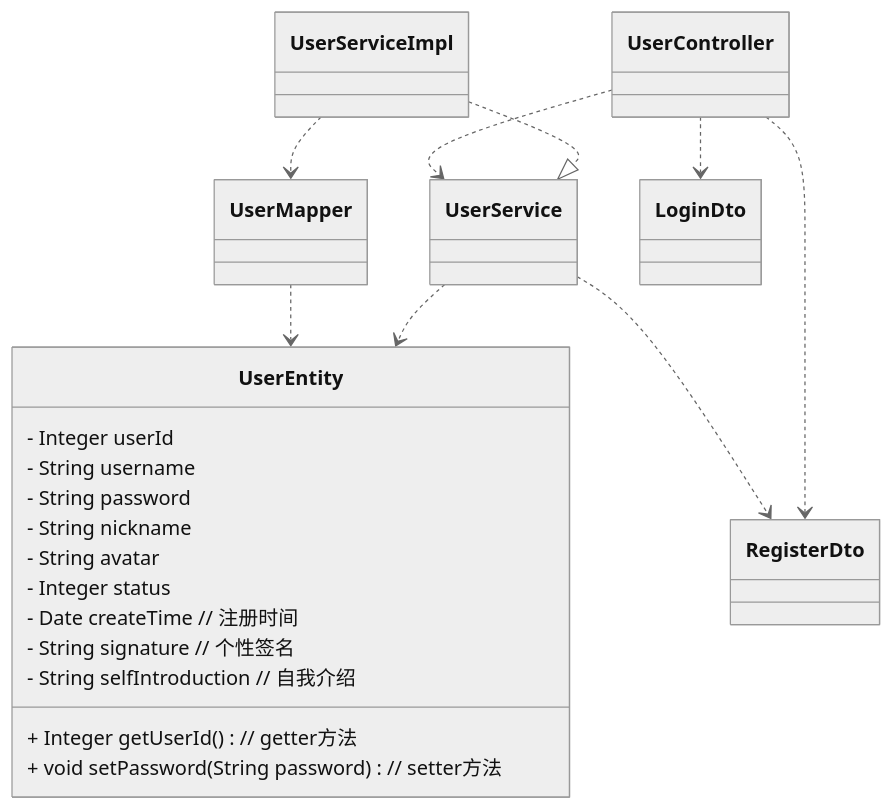
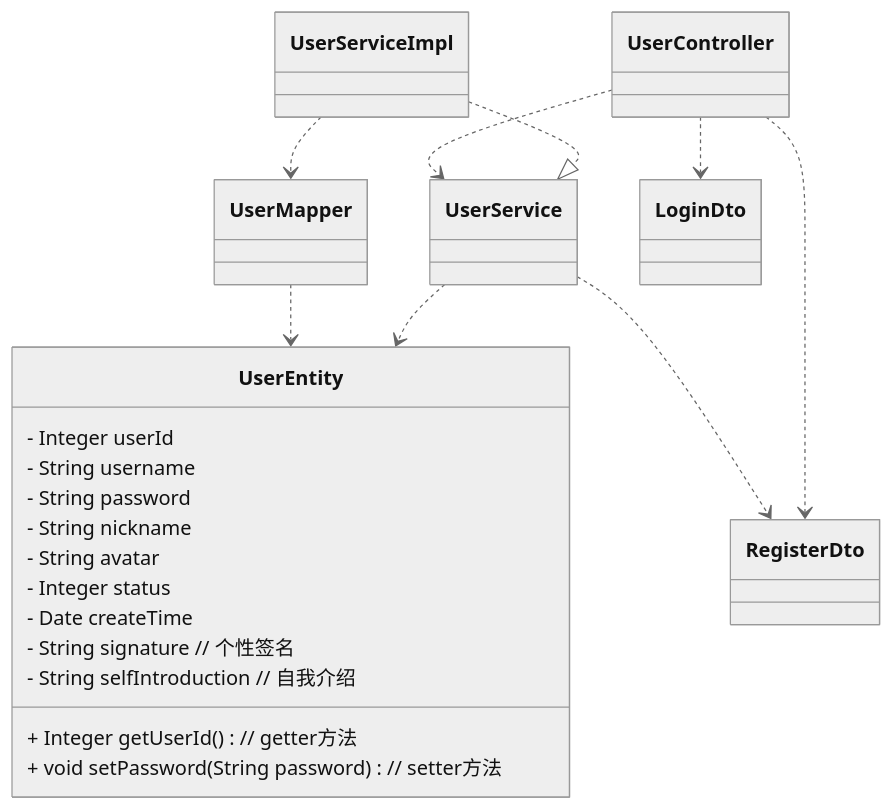
The diagram in all/未命名-1.md (DEbalanceUX/iodraw-files), drawn with Mermaid (neutral theme) before and after one commit.

Commit message:
2025-12-10 22:51:20 update

````diff
--- a/all/未命名-1.md
+++ b/all/未命名-1.md
@@ -1,32 +1,32 @@
 ```mermaid
 classDiagram
     %% 实现关系：ServiceImpl 实现 Service 接口
     UserServiceImpl ..|> UserService
     %% 依赖关系：Controller 依赖 Service / ServiceImpl 依赖 Mapper
     UserController ..> UserService
     UserServiceImpl ..> UserMapper
     %% 关联关系：核心数据载体关联
     UserService ..> UserEntity
     UserMapper ..> UserEntity
     UserController ..> LoginDto
     UserController ..> RegisterDto
     UserService ..> RegisterDto
 
     %% 用户实体类（存储用户核心数据）
     class UserEntity {
         - Integer userId       
         - String username   
         - String password       
         - String nickname
         - String avatar
         - Integer status
-        - Date createTime      // 注册时间
+        - Date createTime
         - String signature     // 个性签名
         - String selfIntroduction // 自我介绍
         + Integer getUserId()  // getter方法
         + void setPassword(String password) // setter方法
     }
 
 
     
 ```
````
